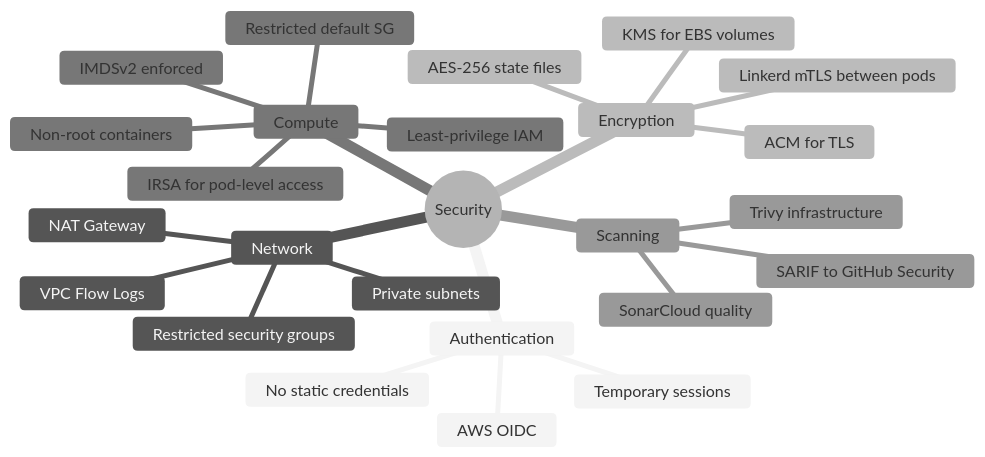
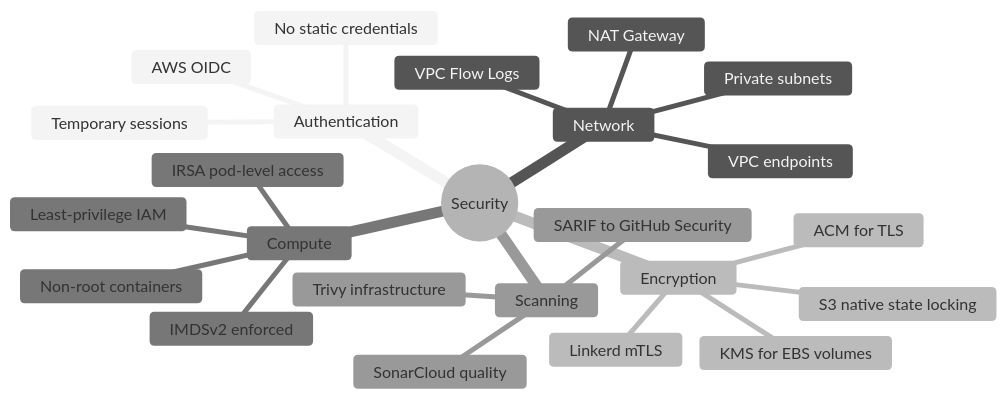
Before and after one commit to vegatros/repo1: the fifth of 5 diagrams in README.md, drawn with Mermaid (neutral theme). The commit also changed other lines of this file, not shown here.

````diff
--- a/README.md
+++ b/README.md
@@ -359,28 +355,27 @@
 ```mermaid
 mindmap
   root((Security))
     Authentication
       AWS OIDC
       No static credentials
       Temporary sessions
     Network
       Private subnets
       NAT Gateway
-      Restricted security groups
+      VPC endpoints
       VPC Flow Logs
     Encryption
       KMS for EBS volumes
-      AES-256 state files
+      S3 native state locking
       ACM for TLS
-      Linkerd mTLS between pods
+      Linkerd mTLS
     Compute
       IMDSv2 enforced
       Least-privilege IAM
-      IRSA for pod-level access
-      Restricted default SG
+      IRSA pod-level access
       Non-root containers
     Scanning
       Trivy infrastructure
       SonarCloud quality
       SARIF to GitHub Security
 ```
````
